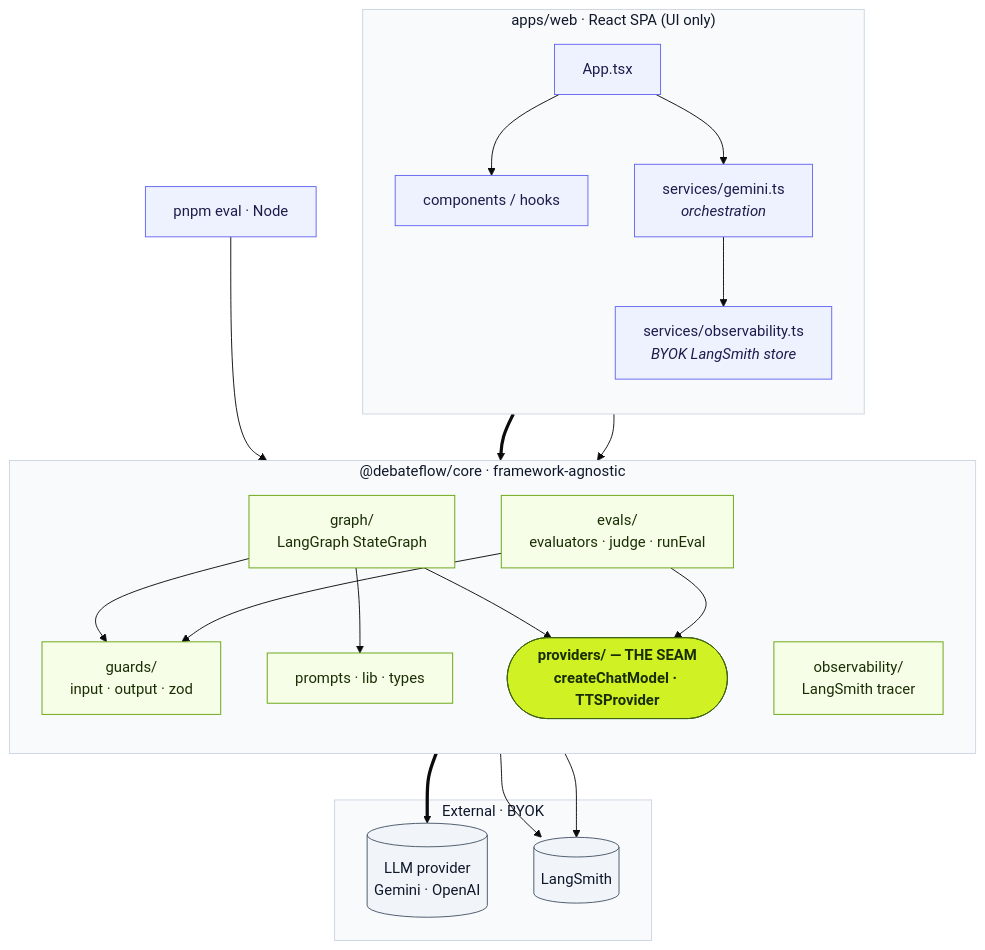
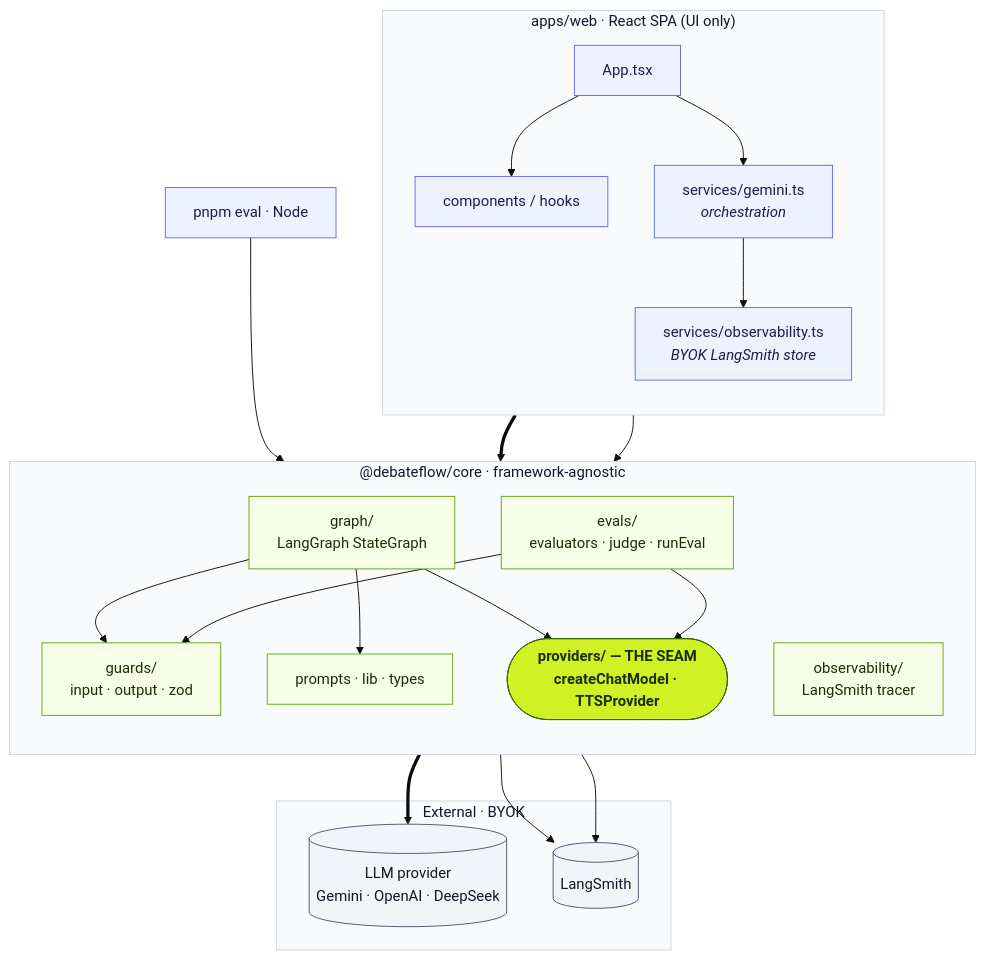
Before and after one commit to mhosseinab/debate-flow: the first of 3 diagrams in README.md, drawn with Mermaid (base theme). The commit also changed other lines of this file and 1 other file, not shown here.

First line of the commit message:
docs: Expand chat provider support and enhance API key management

````diff
--- a/README.md
+++ b/README.md
@@ -31,52 +31,52 @@
 ```mermaid
 flowchart TB
   subgraph WEB["apps/web · React SPA (UI only)"]
     direction TB
     App["App.tsx"]
     UI["components / hooks"]
     Svc["services/gemini.ts<br/><i>orchestration</i>"]
     Obs["services/observability.ts<br/><i>BYOK LangSmith store</i>"]
     App --> UI
     App --> Svc
     Svc --> Obs
   end
 
   subgraph CORE["@debateflow/core · framework-agnostic"]
     direction TB
     Graph["graph/<br/>LangGraph StateGraph"]
     Guards["guards/<br/>input · output · zod"]
     Prompts["prompts · lib · types"]
     Evals["evals/<br/>evaluators · judge · runEval"]
     Tracer["observability/<br/>LangSmith tracer"]
     Seam(["providers/ — THE SEAM<br/>createChatModel · TTSProvider"])
     Graph --> Guards
     Graph --> Prompts
     Graph --> Seam
     Evals --> Guards
     Evals --> Seam
   end
 
   subgraph EXT["External · BYOK"]
-    LLM[("LLM provider<br/>Gemini · OpenAI")]
+    LLM[("LLM provider<br/>Gemini · OpenAI · DeepSeek")]
     LS[("LangSmith")]
   end
 
   CLI["pnpm eval · Node"] --> Evals
 
   Svc ==> Graph
   Obs --> Tracer
   Tracer --> LS
   Seam ==> LLM
   Evals --> LS
 
   classDef layer fill:#f8fafc,stroke:#cbd5e1,color:#0f172a;
   classDef webNode fill:#eef2ff,stroke:#6366f1,color:#1e1b4b;
   classDef coreNode fill:#f7fee7,stroke:#65a30d,color:#1a2e05;
   classDef seamNode fill:#D0F224,stroke:#3f6212,color:#1a2e05,font-weight:bold;
   classDef extNode fill:#f1f5f9,stroke:#475569,color:#0f172a;
   class WEB,CORE,EXT layer;
   class App,UI,Svc,Obs,CLI webNode;
   class Graph,Guards,Prompts,Evals,Tracer coreNode;
   class Seam seamNode;
   class LLM,LS extNode;
 ```
````
